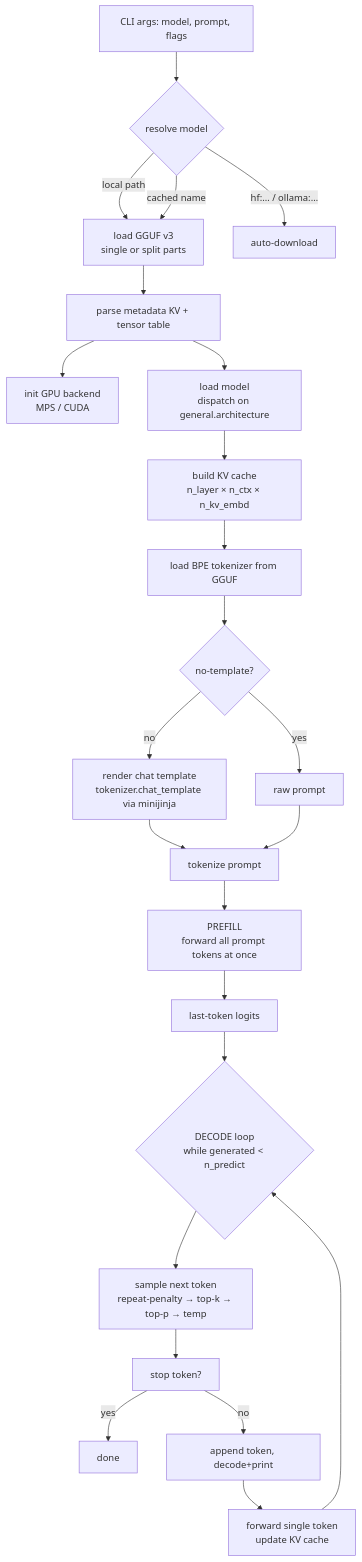
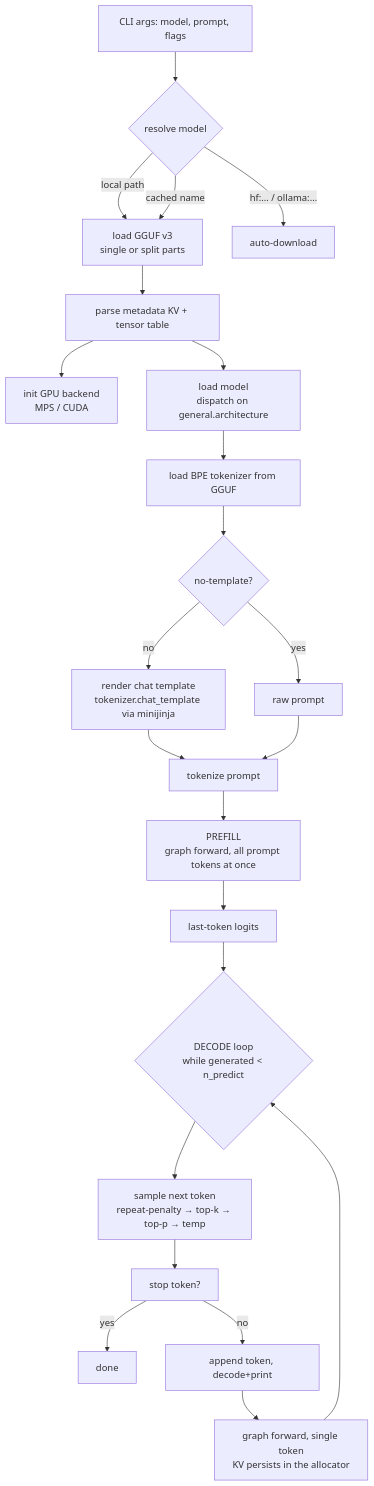
Before and after one commit to yusiwen/minfer: the first of 5 diagrams in docs/ARCHITECTURE.md, drawn with Mermaid. The commit also changed other lines of this file, not shown here.

````diff
--- a/docs/ARCHITECTURE.md
+++ b/docs/ARCHITECTURE.md
@@ -60,26 +86,25 @@
 ```mermaid
 flowchart TD
     A["CLI args: model, prompt, flags"] --> B{"resolve model"}
     B -->|local path| C["load GGUF v3<br/>single or split parts"]
     B -->|"hf:… / ollama:…"| D["auto-download"]
     B -->|cached name| C
     C --> E["parse metadata KV + tensor table"]
     E --> F["init GPU backend<br/>MPS / CUDA"]
     E --> G["load model<br/>dispatch on general.architecture"]
-    G --> H["build KV cache<br/>n_layer × n_ctx × n_kv_embd"]
-    H --> I["load BPE tokenizer from GGUF"]
-    I --> J{"no-template?"}
+    G --> H["load BPE tokenizer from GGUF"]
+    H --> J{"no-template?"}
     J -->|no| K["render chat template<br/>tokenizer.chat_template via minijinja"]
     J -->|yes| L["raw prompt"]
     K --> M["tokenize prompt"]
     L --> M
-    M --> N["PREFILL<br/>forward all prompt tokens at once"]
+    M --> N["PREFILL<br/>graph forward, all prompt tokens at once"]
     N --> O["last-token logits"]
     O --> P{"DECODE loop<br/>while generated < n_predict"}
     P --> Q["sample next token<br/>repeat-penalty → top-k → top-p → temp"]
     Q --> R["stop token?"]
     R -->|yes| S["done"]
     R -->|no| T["append token, decode+print"]
-    T --> U["forward single token<br/>update KV cache"]
+    T --> U["graph forward, single token<br/>KV persists in the allocator"]
     U --> P
 ```
````
